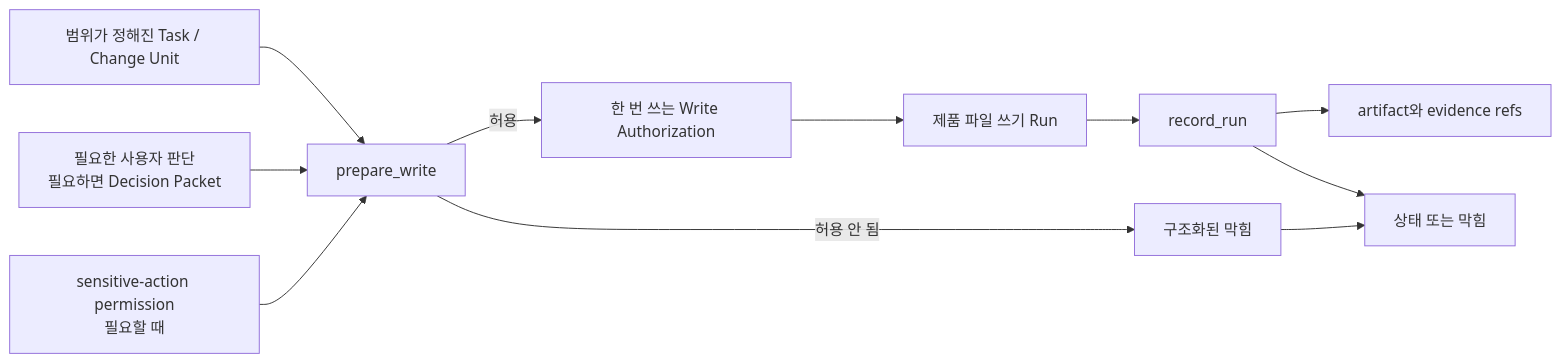
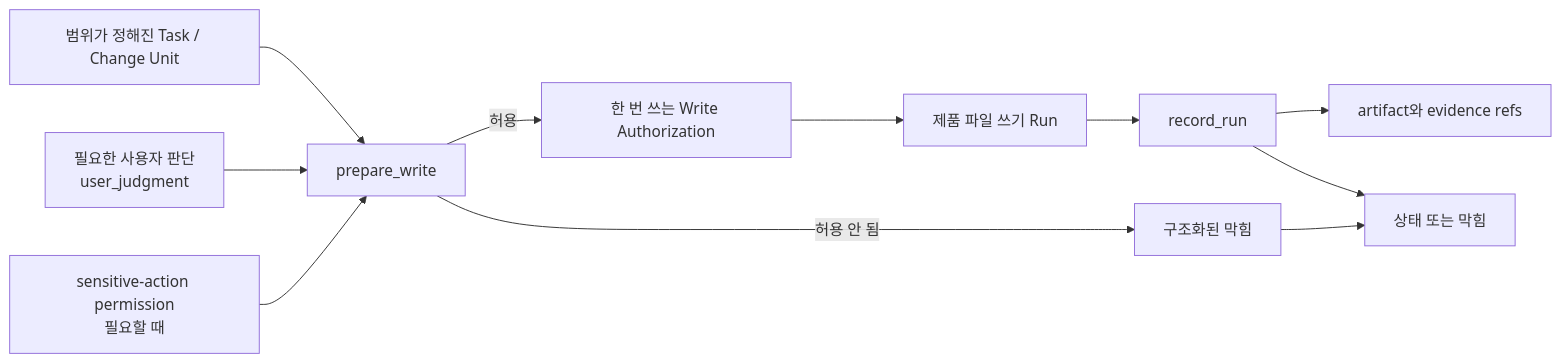
One commit to minjungw00/Harness_Project changed the second of 3 diagrams in docs/ko/reference/kernel.md. Above: the diagram before and after it, drawn with Mermaid. The commit also changed other lines of this file and 90 other files, not shown here.

Commit message:
docs: simplify user judgment model and naming

````diff
--- a/docs/ko/reference/kernel.md
+++ b/docs/ko/reference/kernel.md
@@ -567,13 +546,13 @@
 ```mermaid
 flowchart LR
   Scope["범위가 정해진 Task / Change Unit"] --> Prepare["prepare_write"]
-  Judgment["필요한 사용자 판단<br/>필요하면 Decision Packet"] --> Prepare
+  Judgment["필요한 사용자 판단<br/>user_judgment"] --> Prepare
   Approval["sensitive-action permission<br/>필요할 때"] --> Prepare
   Prepare -->|허용| Auth["한 번 쓰는 Write Authorization"]
   Prepare -->|허용 안 됨| Blocker["구조화된 막힘"]
   Auth --> Run["제품 파일 쓰기 Run"]
   Run --> Record["record_run"]
   Record --> Artifacts["artifact와 evidence refs"]
   Record --> Status["상태 또는 막힘"]
   Blocker --> Status
 ```
````
